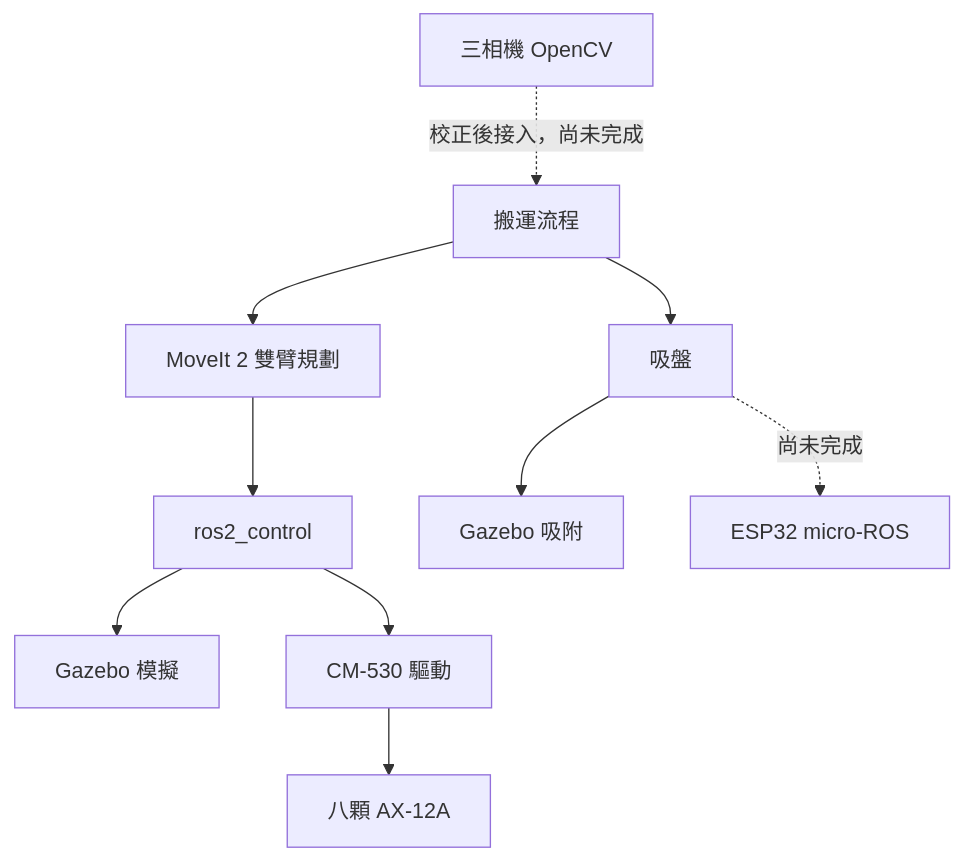
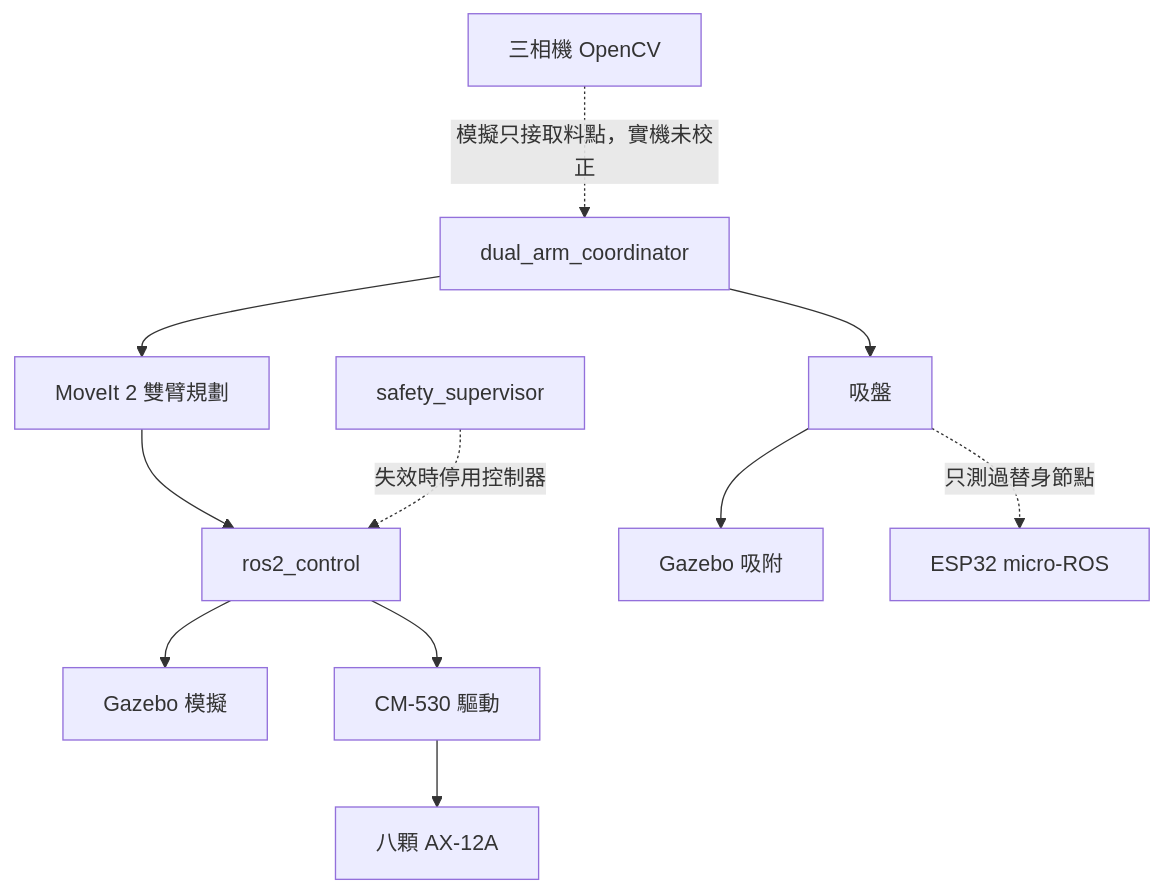
One commit to Azeem1010/Dual-Arm-TEST-2.0 changed the second of 2 diagrams in README.md. Above: the diagram before and after it, drawn with Mermaid. The commit also changed other lines of this file and 475 other files, not shown here.

First line of the commit message:
Add task coordinator, safety supervisor and hardware test guide

````diff
--- a/README.md
+++ b/README.md
@@ -74,12 +84,13 @@
 ```mermaid
 flowchart TD
-    CAM[三相機 OpenCV] -.校正後接入，尚未完成.-> TASK[搬運流程]
+    CAM[三相機 OpenCV] -.模擬只接取料點，實機未校正.-> TASK[dual_arm_coordinator]
     TASK --> MOVEIT[MoveIt 2 雙臂規劃]
     MOVEIT --> RC[ros2_control]
     TASK --> GRIP[吸盤]
+    SAFE[safety_supervisor] -.失效時停用控制器.-> RC
     RC --> SIM[Gazebo 模擬]
     RC --> HW[CM-530 驅動]
     HW --> MOTOR[八顆 AX-12A]
     GRIP --> SIMG[Gazebo 吸附]
-    GRIP -.尚未完成.-> ESP[ESP32 micro-ROS]
+    GRIP -.只測過替身節點.-> ESP[ESP32 micro-ROS]
 ```
````
